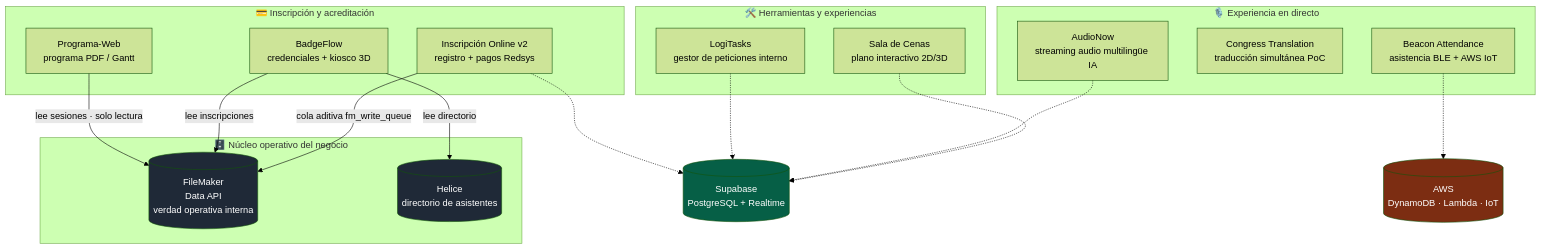
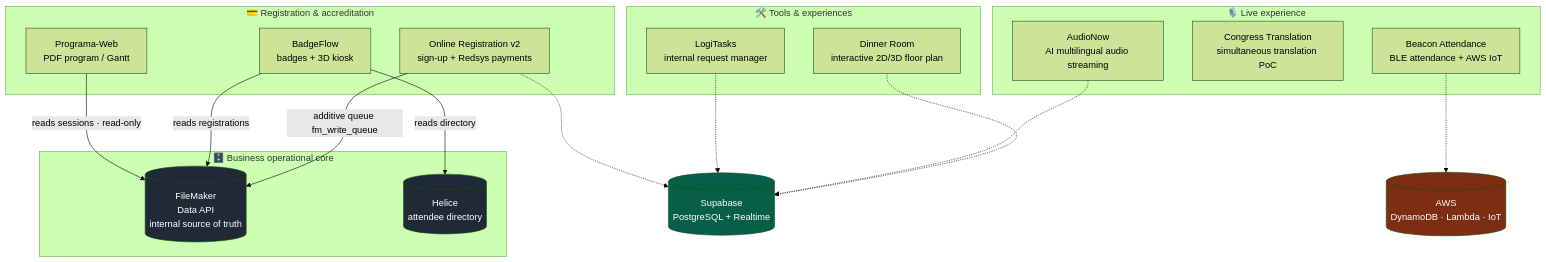
The diagram in README.md (aleglope/production-systems-case-studies), drawn with Mermaid (forest theme) before and after one commit. The commit also changed other lines of this file and 25 other files, not shown here.

````diff
--- a/README.md
+++ b/README.md
@@ -34,39 +36,39 @@
 ```mermaid
 flowchart TB
-    subgraph CORE["🗄️ Núcleo operativo del negocio"]
-        FM[("FileMaker<br/>Data API<br/>verdad operativa interna")]
-        HEL[("Helice<br/>directorio de asistentes")]
+    subgraph CORE["🗄️ Business operational core"]
+        FM[("FileMaker<br/>Data API<br/>internal source of truth")]
+        HEL[("Helice<br/>attendee directory")]
     end
 
-    subgraph REG["💳 Inscripción y acreditación"]
-        IO["Inscripción Online v2<br/>registro + pagos Redsys"]
-        BF["BadgeFlow<br/>credenciales + kiosco 3D"]
-        PW["Programa-Web<br/>programa PDF / Gantt"]
+    subgraph REG["💳 Registration & accreditation"]
+        IO["Online Registration v2<br/>sign-up + Redsys payments"]
+        BF["BadgeFlow<br/>badges + 3D kiosk"]
+        PW["Programa-Web<br/>PDF program / Gantt"]
     end
 
-    subgraph LIVE["🎙️ Experiencia en directo"]
-        AN["AudioNow<br/>streaming audio multilingüe IA"]
-        CT["Congress Translation<br/>traducción simultánea PoC"]
-        BA["Beacon Attendance<br/>asistencia BLE + AWS IoT"]
+    subgraph LIVE["🎙️ Live experience"]
+        AN["AudioNow<br/>AI multilingual audio streaming"]
+        CT["Congress Translation<br/>simultaneous translation PoC"]
+        BA["Beacon Attendance<br/>BLE attendance + AWS IoT"]
     end
 
-    subgraph INTERNAL["🛠️ Herramientas y experiencias"]
-        SC["Sala de Cenas<br/>plano interactivo 2D/3D"]
-        LT["LogiTasks<br/>gestor de peticiones interno"]
+    subgraph INTERNAL["🛠️ Tools & experiences"]
+        SC["Dinner Room<br/>interactive 2D/3D floor plan"]
+        LT["LogiTasks<br/>internal request manager"]
     end
 
-    IO -- "cola aditiva fm_write_queue" --> FM
-    BF -- "lee inscripciones" --> FM
-    BF -- "lee directorio" --> HEL
-    PW -- "lee sesiones · solo lectura" --> FM
+    IO -- "additive queue fm_write_queue" --> FM
+    BF -- "reads registrations" --> FM
+    BF -- "reads directory" --> HEL
+    PW -- "reads sessions · read-only" --> FM
     SC -.-> SUPA[("Supabase<br/>PostgreSQL + Realtime")]
     AN -.-> SUPA
     LT -.-> SUPA
     IO -.-> SUPA
     BA -.-> AWS[("AWS<br/>DynamoDB · Lambda · IoT")]
 
     style FM fill:#1f2937,color:#fff
     style HEL fill:#1f2937,color:#fff
     style SUPA fill:#065f46,color:#fff
     style AWS fill:#7c2d12,color:#fff
 ```
````
